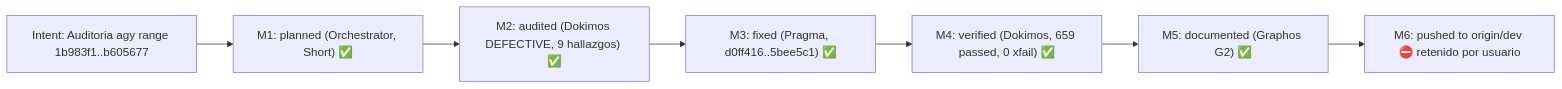
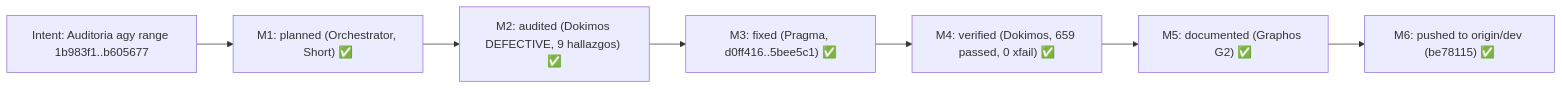
One commit to ancrz/agent-execution-plane changed diagram 20 of 28 in README.md. Above: the diagram before and after it, drawn with Mermaid. The commit also changed other lines of this file and 3 other files, not shown here.

````diff
--- a/README.md
+++ b/README.md
@@ -1142,9 +1142,9 @@
 ```mermaid
 flowchart LR
     I["Intent: Auditoria agy range 1b983f1..b605677"] --> M1["M1: planned (Orchestrator, Short) ✅"]
     M1 --> M2["M2: audited (Dokimos DEFECTIVE, 9 hallazgos) ✅"]
     M2 --> M3["M3: fixed (Pragma, d0ff416..5bee5c1) ✅"]
     M3 --> M4["M4: verified (Dokimos, 659 passed, 0 xfail) ✅"]
     M4 --> M5["M5: documented (Graphos G2) ✅"]
-    M5 --> M6["M6: pushed to origin/dev ⛔ retenido por usuario"]
+    M5 --> M6["M6: pushed to origin/dev (be78115) ✅"]
 ```
````
